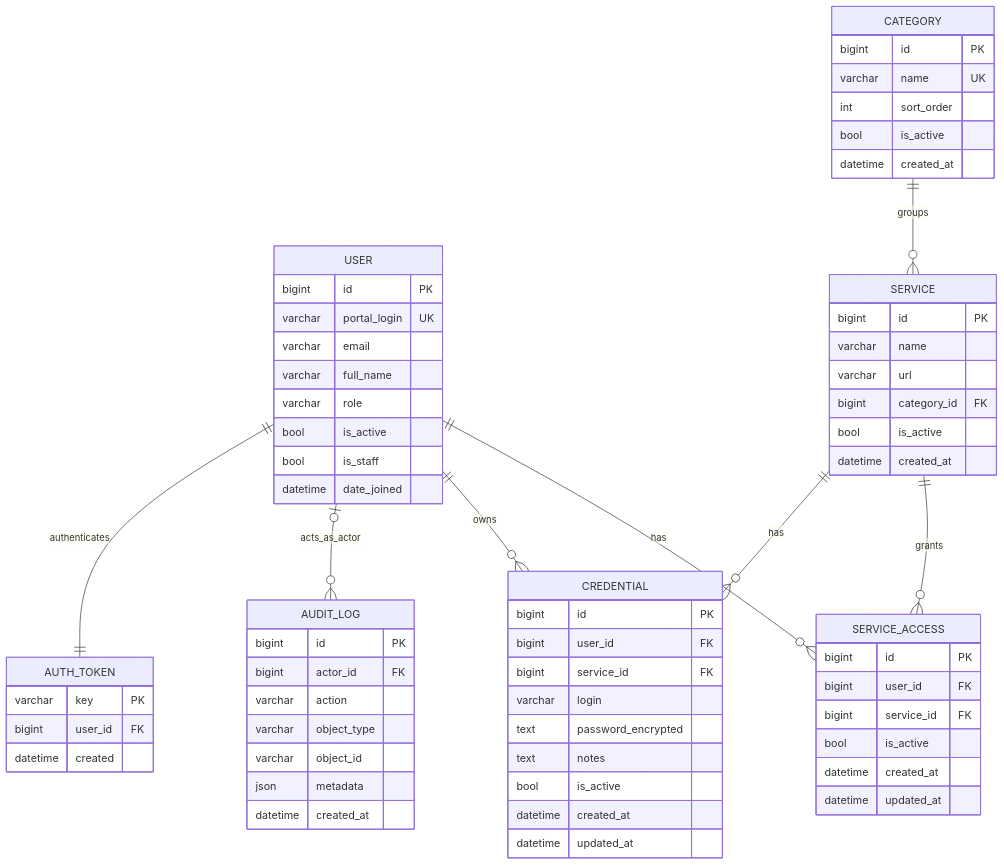
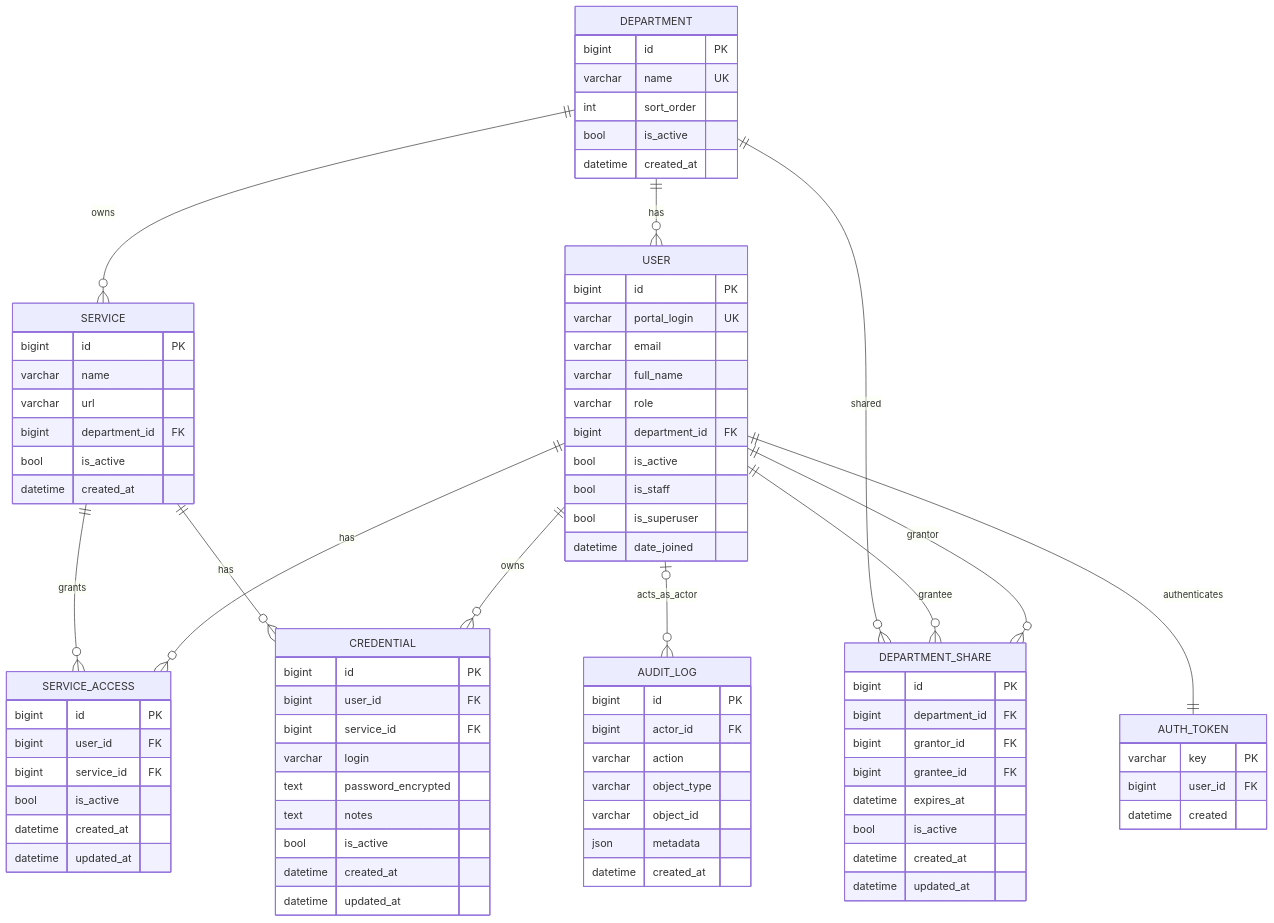
One commit to Dezaster5/Phoenix changed the diagram in er_diagram.md. Above: the diagram before and after it, drawn with Mermaid. The commit also changed other lines of this file and 17 other files, not shown here.

Commit message:
Adding Department and Department share

````diff
--- a/er_diagram.md
+++ b/er_diagram.md
@@ -6,12 +6,14 @@
         varchar email
         varchar full_name
         varchar role
+        bigint department_id FK
         bool is_active
         bool is_staff
+        bool is_superuser
         datetime date_joined
     }
 
-    CATEGORY {
+    DEPARTMENT {
         bigint id PK
         varchar name UK
         int sort_order
@@ -23,7 +25,7 @@
         bigint id PK
         varchar name
         varchar url
-        bigint category_id FK
+        bigint department_id FK
         bool is_active
         datetime created_at
     }
@@ -49,6 +51,17 @@
         datetime updated_at
     }
 
+    DEPARTMENT_SHARE {
+        bigint id PK
+        bigint department_id FK
+        bigint grantor_id FK
+        bigint grantee_id FK
+        datetime expires_at
+        bool is_active
+        datetime created_at
+        datetime updated_at
+    }
+
     AUDIT_LOG {
         bigint id PK
         bigint actor_id FK
@@ -65,15 +78,19 @@
         datetime created
     }
 
+    DEPARTMENT ||--o{ USER : has
+    DEPARTMENT ||--o{ SERVICE : owns
+
     USER ||--o{ SERVICE_ACCESS : has
     SERVICE ||--o{ SERVICE_ACCESS : grants
 
     USER ||--o{ CREDENTIAL : owns
     SERVICE ||--o{ CREDENTIAL : has
 
-    CATEGORY ||--o{ SERVICE : groups
+    USER ||--o{ DEPARTMENT_SHARE : grantor
+    USER ||--o{ DEPARTMENT_SHARE : grantee
+    DEPARTMENT ||--o{ DEPARTMENT_SHARE : shared
 
     USER o|--o{ AUDIT_LOG : acts_as_actor
-
     USER ||--|| AUTH_TOKEN : authenticates
 ```
````
